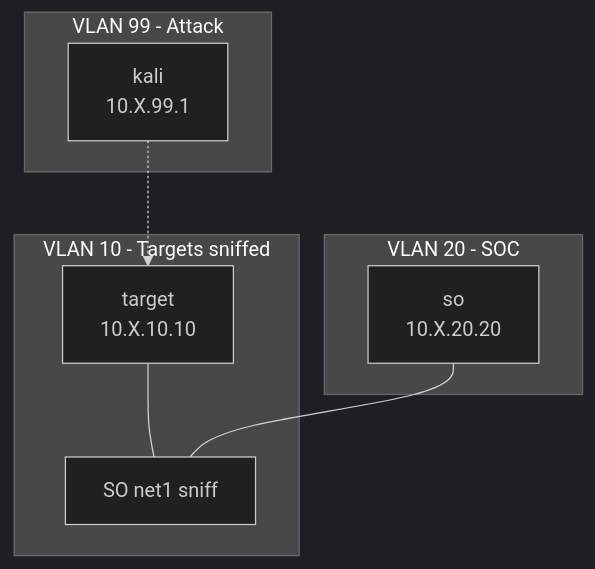
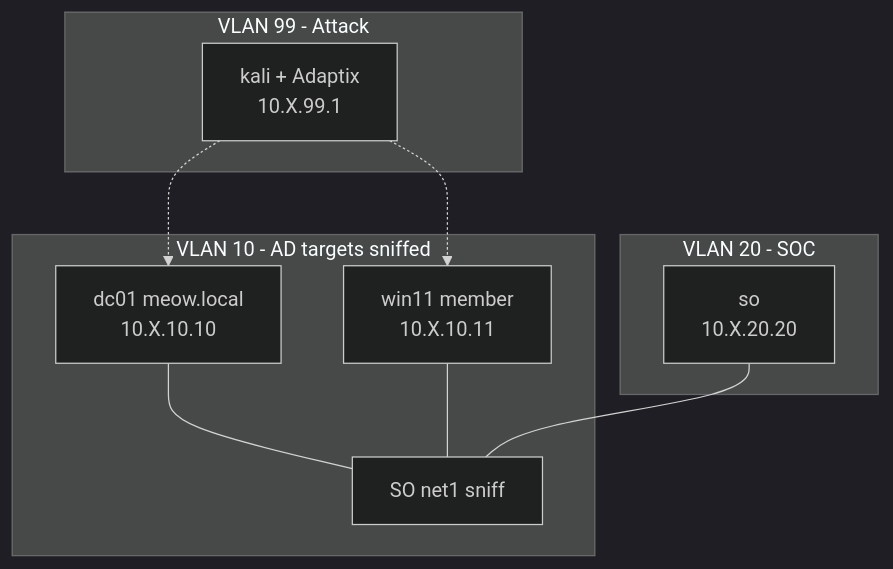
The diagram in blueprints/securityonion-lab/README.md (ryokubaka/ludus-source-meow), drawn with Mermaid (dark theme) before and after one commit. The commit also changed other lines of this file and 13 other files, not shown here.

````diff
--- a/blueprints/securityonion-lab/README.md
+++ b/blueprints/securityonion-lab/README.md
@@ -17,16 +17,19 @@
 ```mermaid
 graph TB
-    subgraph VLAN10["VLAN 10 - Targets sniffed"]
-        TARGET["target<br/>10.X.10.10"]
+    subgraph VLAN10["VLAN 10 - AD targets sniffed"]
+        DC["dc01 meow.local<br/>10.X.10.10"]
+        WIN11["win11 member<br/>10.X.10.11"]
         SNIFF["SO net1 sniff"]
     end
     subgraph VLAN20["VLAN 20 - SOC"]
         SO["so<br/>10.X.20.20"]
     end
     subgraph VLAN99["VLAN 99 - Attack"]
-        KALI["kali<br/>10.X.99.1"]
+        KALI["kali + Adaptix<br/>10.X.99.1"]
     end
-    KALI -.-> TARGET
-    TARGET --- SNIFF
+    KALI -.-> DC
+    KALI -.-> WIN11
+    DC --- SNIFF
+    WIN11 --- SNIFF
     SO --- SNIFF
 ```
````
